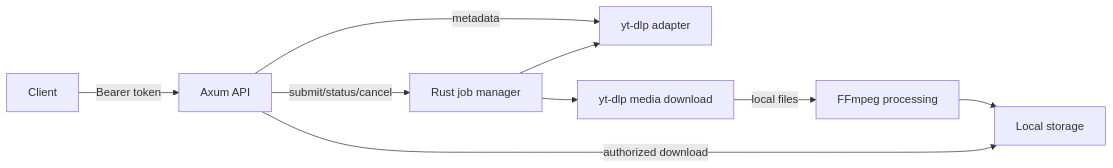
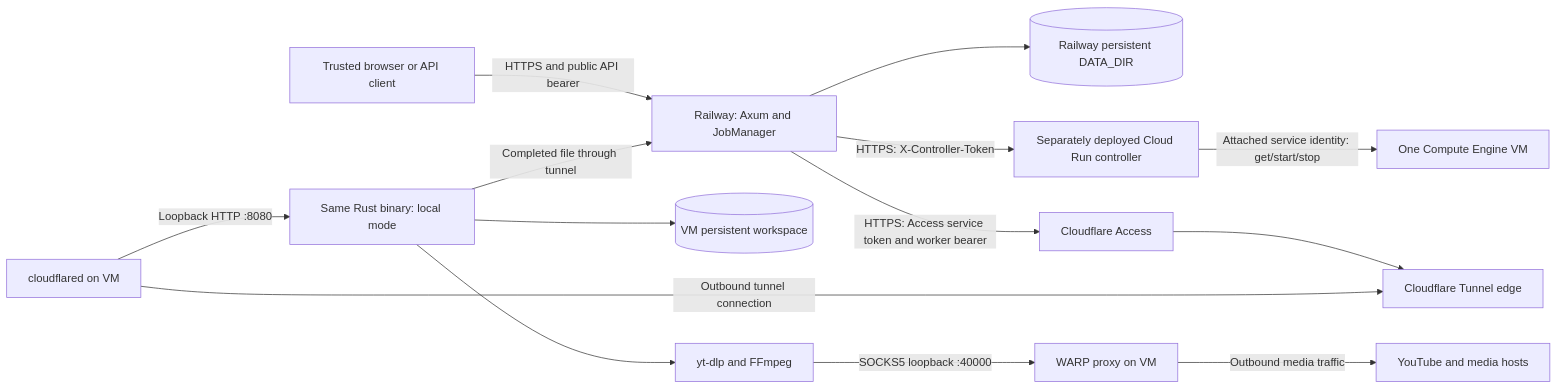
The diagram in docs/architecture.md (darkweb19/youtube-extractor-rs), drawn with Mermaid before and after one commit. The commit also changed other lines of this file, not shown here.

Commit message:
docs(architecture): explain GCP control and Cloudflare network paths

````diff
--- a/docs/architecture.md
+++ b/docs/architecture.md
@@ -75,11 +22,16 @@
 ```mermaid
 flowchart LR
-  Client -->|Bearer token| API[Axum API]
-  API -->|metadata| Extractor[yt-dlp adapter]
-  API -->|submit/status/cancel| Jobs[Rust job manager]
-  Jobs --> Extractor
-  Jobs --> Transfer[yt-dlp media download]
-  Transfer -->|local files| FFMPEG[FFmpeg processing]
-  FFMPEG --> Storage[Local storage]
-  API -->|authorized download| Storage
+  User[Trusted browser or API client] -->|HTTPS and public API bearer| Railway[Railway: Axum and JobManager]
+  Railway --> Disk[(Railway persistent DATA_DIR)]
+  Railway -->|HTTPS: X-Controller-Token| Controller[Separately deployed Cloud Run controller]
+  Controller -->|Attached service identity: get/start/stop| VM[One Compute Engine VM]
+  Railway -->|HTTPS: Access service token and worker bearer| Access[Cloudflare Access]
+  Access --> Edge[Cloudflare Tunnel edge]
+  Tunnel[cloudflared on VM] -->|Outbound tunnel connection| Edge
+  Tunnel -->|Loopback HTTP :8080| Worker[Same Rust binary: local mode]
+  Worker --> Temp[(VM persistent workspace)]
+  Worker --> YTDLP[yt-dlp and FFmpeg]
+  YTDLP -->|SOCKS5 loopback :40000| WARP[WARP proxy on VM]
+  WARP -->|Outbound media traffic| YouTube[YouTube and media hosts]
+  Worker -->|Completed file through tunnel| Railway
 ```
````
